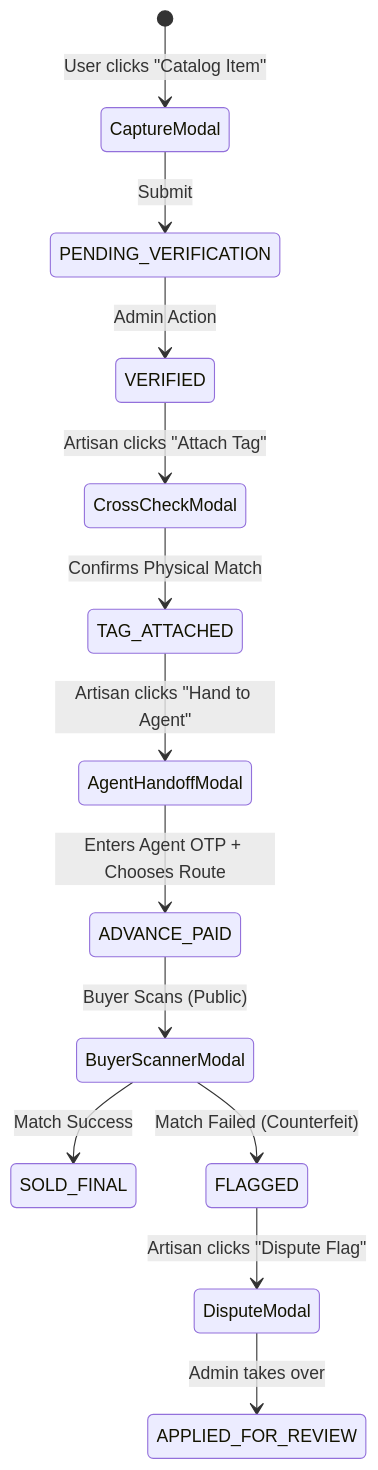
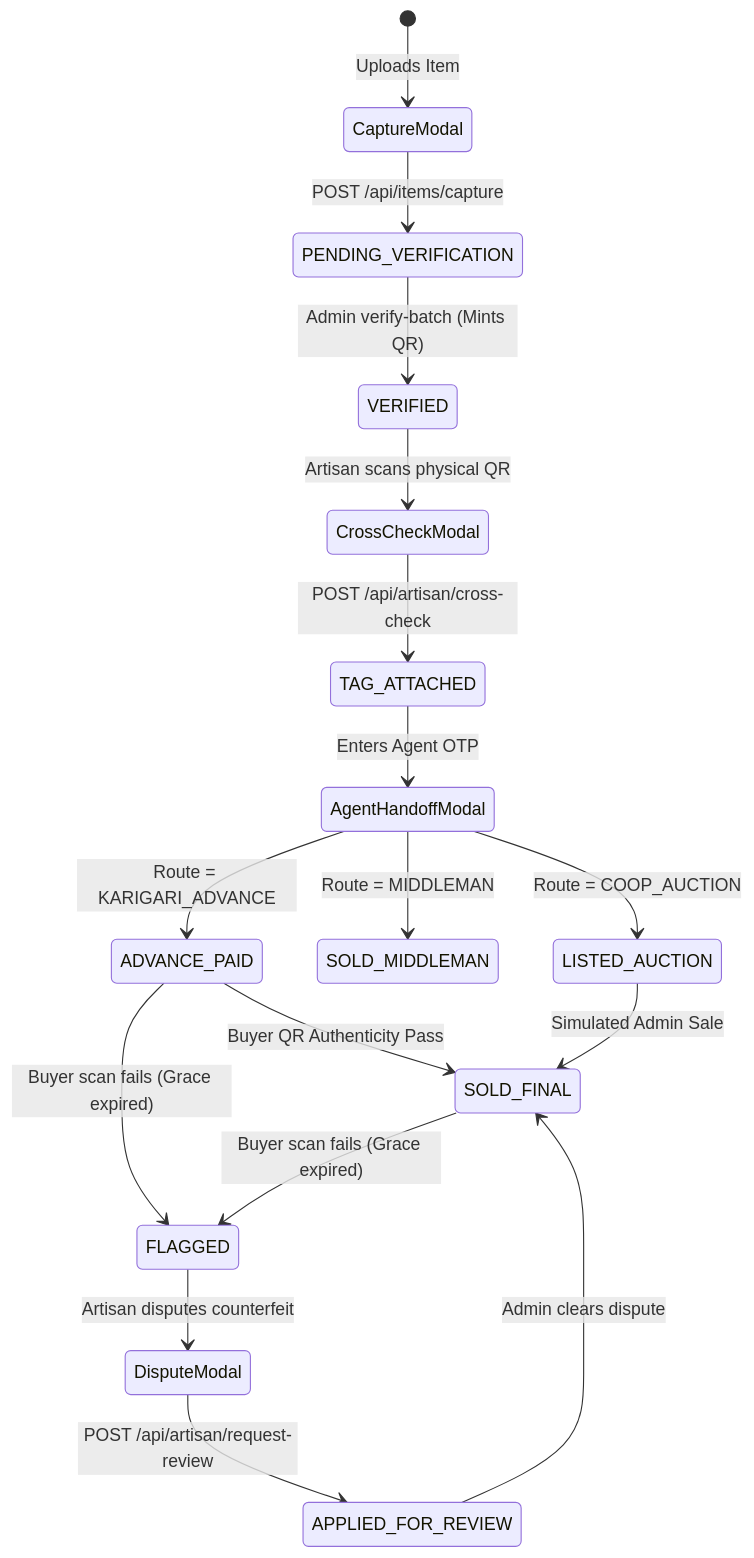
One commit to MNSTIC/KARIGARI changed the fifth of 6 diagrams in docs/KARIGARI_FLOWCHARTS.md. Above: the diagram before and after it, drawn with Mermaid. The commit also changed other lines of this file, not shown here.

Commit message:
docs: strictly align flowcharts with WORKFLOW.md routing and advanced features

````diff
--- a/docs/KARIGARI_FLOWCHARTS.md
+++ b/docs/KARIGARI_FLOWCHARTS.md
@@ -185,25 +194,28 @@
 ```mermaid
 stateDiagram-v2
-  %% State Machine of Modals
-  [*] --> CaptureModal: User clicks "Catalog Item"
+  [*] --> CaptureModal: Uploads Item
   
-  CaptureModal --> PENDING_VERIFICATION: Submit
+  CaptureModal --> PENDING_VERIFICATION: POST /api/items/capture
   
-  PENDING_VERIFICATION --> VERIFIED: Admin Action
+  PENDING_VERIFICATION --> VERIFIED: Admin verify-batch (Mints QR)
   
-  VERIFIED --> CrossCheckModal: Artisan clicks "Attach Tag"
+  VERIFIED --> CrossCheckModal: Artisan scans physical QR
   
-  CrossCheckModal --> TAG_ATTACHED: Confirms Physical Match
+  CrossCheckModal --> TAG_ATTACHED: POST /api/artisan/cross-check
   
-  TAG_ATTACHED --> AgentHandoffModal: Artisan clicks "Hand to Agent"
+  TAG_ATTACHED --> AgentHandoffModal: Enters Agent OTP
   
-  AgentHandoffModal --> ADVANCE_PAID: Enters Agent OTP + Chooses Route
+  AgentHandoffModal --> ADVANCE_PAID: Route = KARIGARI_ADVANCE
+  AgentHandoffModal --> SOLD_MIDDLEMAN: Route = MIDDLEMAN
+  AgentHandoffModal --> LISTED_AUCTION: Route = COOP_AUCTION
   
-  ADVANCE_PAID --> BuyerScannerModal: Buyer Scans (Public)
+  ADVANCE_PAID --> SOLD_FINAL: Buyer QR Authenticity Pass
+  LISTED_AUCTION --> SOLD_FINAL: Simulated Admin Sale
   
-  BuyerScannerModal --> SOLD_FINAL: Match Success
-  BuyerScannerModal --> FLAGGED: Match Failed (Counterfeit)
+  ADVANCE_PAID --> FLAGGED: Buyer scan fails (Grace expired)
+  SOLD_FINAL --> FLAGGED: Buyer scan fails (Grace expired)
   
-  FLAGGED --> DisputeModal: Artisan clicks "Dispute Flag"
-  DisputeModal --> APPLIED_FOR_REVIEW: Admin takes over
+  FLAGGED --> DisputeModal: Artisan disputes counterfeit
+  DisputeModal --> APPLIED_FOR_REVIEW: POST /api/artisan/request-review
+  APPLIED_FOR_REVIEW --> SOLD_FINAL: Admin clears dispute
 ```
````
